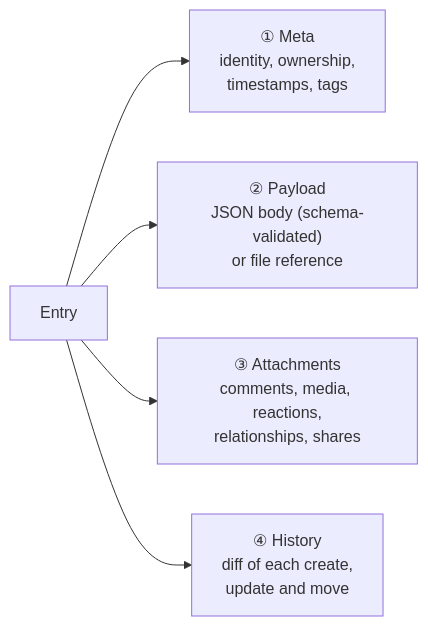
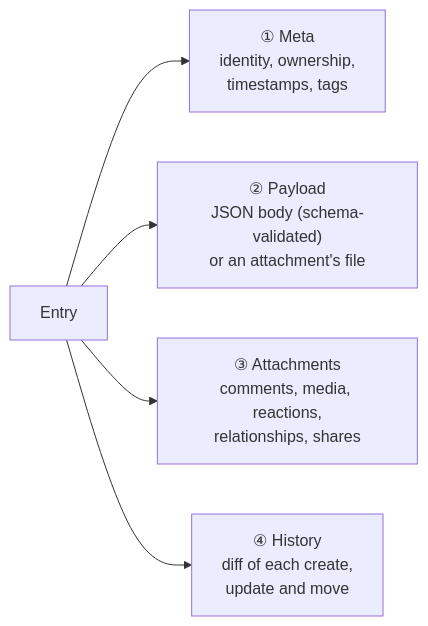
One commit to edraj/website changed the second of 2 diagrams in pack/space/pages/data_model.md. Above: the diagram before and after it, drawn with Mermaid. The commit also changed other lines of this file and 20 other files, not shown here.

````diff
--- a/pack/space/pages/data_model.md
+++ b/pack/space/pages/data_model.md
@@ -62,7 +83,7 @@
 ```mermaid
 graph LR
     Entry["Entry"] --> Meta["① Meta<br/>identity, ownership,<br/>timestamps, tags"]
-    Entry --> Payload["② Payload<br/>JSON body (schema-validated)<br/>or file reference"]
+    Entry --> Payload["② Payload<br/>JSON body (schema-validated)<br/>or an attachment's file"]
     Entry --> Att["③ Attachments<br/>comments, media, reactions,<br/>relationships, shares"]
     Entry --> Hist["④ History<br/>diff of each create,<br/>update and move"]
 ```
````
